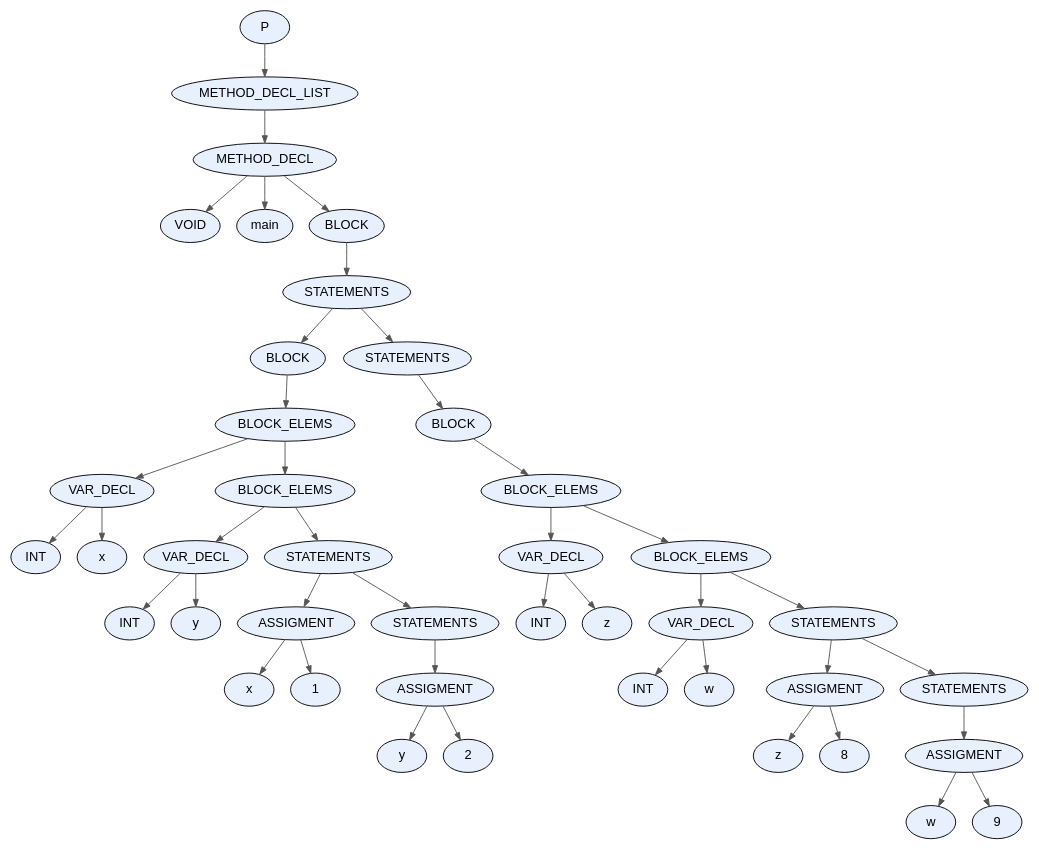
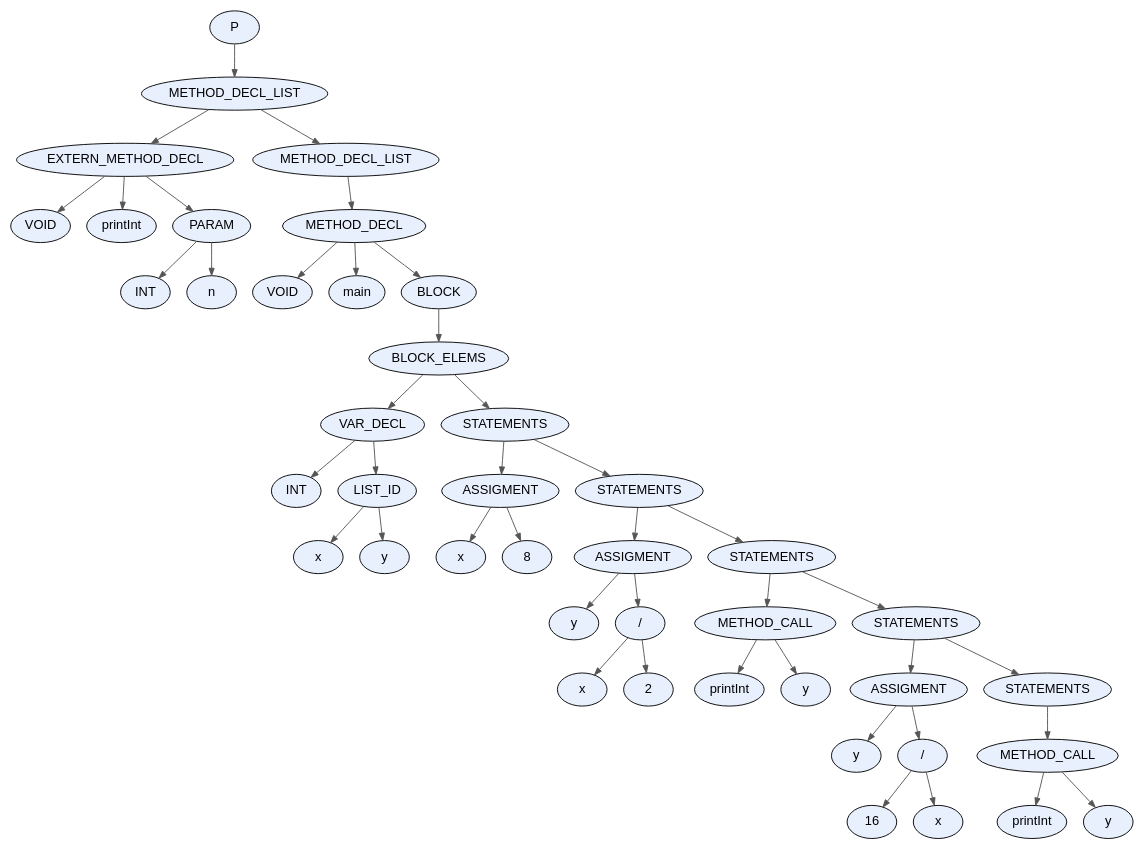
Before and after one commit to facundo-dario-loser/TDS2026: the diagram in proyecto/dot_files/test2.dot, drawn with Graphviz. The commit also changed 9 other files, not shown here.

```diff
--- a/proyecto/dot_files/test2.dot
+++ b/proyecto/dot_files/test2.dot
@@ -1,87 +1,89 @@
 digraph AST {
   node [fontname="Arial"];
   edge [arrowsize=0.8, color="#555555"];
-  "node_0x56c7b84cd440" [label="P", style=filled, fillcolor="#E8F0FE", shape=ellipse, style="rounded,filled"];
-  "node_0x56c7b84cd440" -> "node_0x56c7b84cd3f0";
-  "node_0x56c7b84cd3f0" [label="METHOD_DECL_LIST", style=filled, fillcolor="#E8F0FE", shape=ellipse, style="rounded,filled"];
-  "node_0x56c7b84cd3f0" -> "node_0x56c7b84cd3a0";
-  "node_0x56c7b84cd3a0" [label="METHOD_DECL", style=filled, fillcolor="#E8F0FE", shape=ellipse, style="rounded,filled"];
-  "node_0x56c7b84cd3a0" -> "node_0x56c7b84cd2e0";
-  "node_0x56c7b84cd2e0" [label="VOID", style=filled, fillcolor="#E8F0FE", shape=ellipse, style="rounded,filled"];
-  "node_0x56c7b84cd3a0" -> "node_0x56c7b84cd330";
-  "node_0x56c7b84cd330" [label="main", style=filled, fillcolor="#E8F0FE", shape=ellipse, style="rounded,filled"];
-  "node_0x56c7b84cd3a0" -> "node_0x56c7b84cd290";
-  "node_0x56c7b84cd290" [label="BLOCK", style=filled, fillcolor="#E8F0FE", shape=ellipse, style="rounded,filled"];
-  "node_0x56c7b84cd290" -> "node_0x56c7b84cd240";
-  "node_0x56c7b84cd240" [label="STATEMENTS", style=filled, fillcolor="#E8F0FE", shape=ellipse, style="rounded,filled"];
-  "node_0x56c7b84cd240" -> "node_0x56c7b84ccb50";
-  "node_0x56c7b84ccb50" [label="BLOCK", style=filled, fillcolor="#E8F0FE", shape=ellipse, style="rounded,filled"];
-  "node_0x56c7b84ccb50" -> "node_0x56c7b84ccb00";
-  "node_0x56c7b84ccb00" [label="BLOCK_ELEMS", style=filled, fillcolor="#E8F0FE", shape=ellipse, style="rounded,filled"];
-  "node_0x56c7b84ccb00" -> "node_0x56c7b84cc630";
-  "node_0x56c7b84cc630" [label="VAR_DECL", style=filled, fillcolor="#E8F0FE", shape=ellipse, style="rounded,filled"];
-  "node_0x56c7b84cc630" -> "node_0x56c7b84cc550";
-  "node_0x56c7b84cc550" [label="INT", style=filled, fillcolor="#E8F0FE", shape=ellipse, style="rounded,filled"];
-  "node_0x56c7b84cc630" -> "node_0x56c7b84cc5c0";
-  "node_0x56c7b84cc5c0" [label="x", style=filled, fillcolor="#E8F0FE", shape=ellipse, style="rounded,filled"];
-  "node_0x56c7b84ccb00" -> "node_0x56c7b84ccab0";
-  "node_0x56c7b84ccab0" [label="BLOCK_ELEMS", style=filled, fillcolor="#E8F0FE", shape=ellipse, style="rounded,filled"];
-  "node_0x56c7b84ccab0" -> "node_0x56c7b84cc760";
-  "node_0x56c7b84cc760" [label="VAR_DECL", style=filled, fillcolor="#E8F0FE", shape=ellipse, style="rounded,filled"];
-  "node_0x56c7b84cc760" -> "node_0x56c7b84cc680";
-  "node_0x56c7b84cc680" [label="INT", style=filled, fillcolor="#E8F0FE", shape=ellipse, style="rounded,filled"];
-  "node_0x56c7b84cc760" -> "node_0x56c7b84cc6f0";
-  "node_0x56c7b84cc6f0" [label="y", style=filled, fillcolor="#E8F0FE", shape=ellipse, style="rounded,filled"];
-  "node_0x56c7b84ccab0" -> "node_0x56c7b84cca60";
-  "node_0x56c7b84cca60" [label="STATEMENTS", style=filled, fillcolor="#E8F0FE", shape=ellipse, style="rounded,filled"];
-  "node_0x56c7b84cca60" -> "node_0x56c7b84cc890";
-  "node_0x56c7b84cc890" [label="ASSIGMENT", style=filled, fillcolor="#E8F0FE", shape=ellipse, style="rounded,filled"];
-  "node_0x56c7b84cc890" -> "node_0x56c7b84cc820";
-  "node_0x56c7b84cc820" [label="x", style=filled, fillcolor="#E8F0FE", shape=ellipse, style="rounded,filled"];
-  "node_0x56c7b84cc890" -> "node_0x56c7b84cc7d0";
-  "node_0x56c7b84cc7d0" [label="1", style=filled, fillcolor="#E8F0FE", shape=ellipse, style="rounded,filled"];
-  "node_0x56c7b84cca60" -> "node_0x56c7b84cca10";
-  "node_0x56c7b84cca10" [label="STATEMENTS", style=filled, fillcolor="#E8F0FE", shape=ellipse, style="rounded,filled"];
-  "node_0x56c7b84cca10" -> "node_0x56c7b84cc9c0";
-  "node_0x56c7b84cc9c0" [label="ASSIGMENT", style=filled, fillcolor="#E8F0FE", shape=ellipse, style="rounded,filled"];
-  "node_0x56c7b84cc9c0" -> "node_0x56c7b84cc950";
-  "node_0x56c7b84cc950" [label="y", style=filled, fillcolor="#E8F0FE", shape=ellipse, style="rounded,filled"];
-  "node_0x56c7b84cc9c0" -> "node_0x56c7b84cc900";
-  "node_0x56c7b84cc900" [label="2", style=filled, fillcolor="#E8F0FE", shape=ellipse, style="rounded,filled"];
-  "node_0x56c7b84cd240" -> "node_0x56c7b84cd1f0";
-  "node_0x56c7b84cd1f0" [label="STATEMENTS", style=filled, fillcolor="#E8F0FE", shape=ellipse, style="rounded,filled"];
-  "node_0x56c7b84cd1f0" -> "node_0x56c7b84cd1a0";
-  "node_0x56c7b84cd1a0" [label="BLOCK", style=filled, fillcolor="#E8F0FE", shape=ellipse, style="rounded,filled"];
-  "node_0x56c7b84cd1a0" -> "node_0x56c7b84cd150";
-  "node_0x56c7b84cd150" [label="BLOCK_ELEMS", style=filled, fillcolor="#E8F0FE", shape=ellipse, style="rounded,filled"];
-  "node_0x56c7b84cd150" -> "node_0x56c7b84ccc80";
-  "node_0x56c7b84ccc80" [label="VAR_DECL", style=filled, fillcolor="#E8F0FE", shape=ellipse, style="rounded,filled"];
-  "node_0x56c7b84ccc80" -> "node_0x56c7b84ccba0";
-  "node_0x56c7b84ccba0" [label="INT", style=filled, fillcolor="#E8F0FE", shape=ellipse, style="rounded,filled"];
-  "node_0x56c7b84ccc80" -> "node_0x56c7b84ccc10";
-  "node_0x56c7b84ccc10" [label="z", style=filled, fillcolor="#E8F0FE", shape=ellipse, style="rounded,filled"];
-  "node_0x56c7b84cd150" -> "node_0x56c7b84cd100";
-  "node_0x56c7b84cd100" [label="BLOCK_ELEMS", style=filled, fillcolor="#E8F0FE", shape=ellipse, style="rounded,filled"];
-  "node_0x56c7b84cd100" -> "node_0x56c7b84ccdb0";
-  "node_0x56c7b84ccdb0" [label="VAR_DECL", style=filled, fillcolor="#E8F0FE", shape=ellipse, style="rounded,filled"];
-  "node_0x56c7b84ccdb0" -> "node_0x56c7b84cccd0";
-  "node_0x56c7b84cccd0" [label="INT", style=filled, fillcolor="#E8F0FE", shape=ellipse, style="rounded,filled"];
-  "node_0x56c7b84ccdb0" -> "node_0x56c7b84ccd40";
-  "node_0x56c7b84ccd40" [label="w", style=filled, fillcolor="#E8F0FE", shape=ellipse, style="rounded,filled"];
-  "node_0x56c7b84cd100" -> "node_0x56c7b84cd0b0";
-  "node_0x56c7b84cd0b0" [label="STATEMENTS", style=filled, fillcolor="#E8F0FE", shape=ellipse, style="rounded,filled"];
-  "node_0x56c7b84cd0b0" -> "node_0x56c7b84ccee0";
-  "node_0x56c7b84ccee0" [label="ASSIGMENT", style=filled, fillcolor="#E8F0FE", shape=ellipse, style="rounded,filled"];
-  "node_0x56c7b84ccee0" -> "node_0x56c7b84cce70";
-  "node_0x56c7b84cce70" [label="z", style=filled, fillcolor="#E8F0FE", shape=ellipse, style="rounded,filled"];
-  "node_0x56c7b84ccee0" -> "node_0x56c7b84cce20";
-  "node_0x56c7b84cce20" [label="8", style=filled, fillcolor="#E8F0FE", shape=ellipse, style="rounded,filled"];
-  "node_0x56c7b84cd0b0" -> "node_0x56c7b84cd060";
-  "node_0x56c7b84cd060" [label="STATEMENTS", style=filled, fillcolor="#E8F0FE", shape=ellipse, style="rounded,filled"];
-  "node_0x56c7b84cd060" -> "node_0x56c7b84cd010";
-  "node_0x56c7b84cd010" [label="ASSIGMENT", style=filled, fillcolor="#E8F0FE", shape=ellipse, style="rounded,filled"];
-  "node_0x56c7b84cd010" -> "node_0x56c7b84ccfa0";
-  "node_0x56c7b84ccfa0" [label="w", style=filled, fillcolor="#E8F0FE", shape=ellipse, style="rounded,filled"];
-  "node_0x56c7b84cd010" -> "node_0x56c7b84ccf50";
-  "node_0x56c7b84ccf50" [label="9", style=filled, fillcolor="#E8F0FE", shape=ellipse, style="rounded,filled"];
+  "node_0x6016923349e0" [label="P", style=filled, fillcolor="#E8F0FE", shape=ellipse, style="rounded,filled"];
+  "node_0x6016923349e0" -> "node_0x601692334990";
+  "node_0x601692334990" [label="METHOD_DECL_LIST", style=filled, fillcolor="#E8F0FE", shape=ellipse, style="rounded,filled"];
+  "node_0x601692334990" -> "node_0x601692333b50";
+  "node_0x601692333b50" [label="EXTERN_METHOD_DECL", style=filled, fillcolor="#E8F0FE", shape=ellipse, style="rounded,filled"];
+  "node_0x601692333b50" -> "node_0x601692333a90";
+  "node_0x601692333a90" [label="VOID", style=filled, fillcolor="#E8F0FE", shape=ellipse, style="rounded,filled"];
+  "node_0x601692333b50" -> "node_0x601692333ae0";
+  "node_0x601692333ae0" [label="printInt", style=filled, fillcolor="#E8F0FE", shape=ellipse, style="rounded,filled"];
+  "node_0x601692333b50" -> "node_0x601692333a40";
+  "node_0x601692333a40" [label="PARAM", style=filled, fillcolor="#E8F0FE", shape=ellipse, style="rounded,filled"];
+  "node_0x601692333a40" -> "node_0x601692333960";
+  "node_0x601692333960" [label="INT", style=filled, fillcolor="#E8F0FE", shape=ellipse, style="rounded,filled"];
+  "node_0x601692333a40" -> "node_0x6016923339d0";
+  "node_0x6016923339d0" [label="n", style=filled, fillcolor="#E8F0FE", shape=ellipse, style="rounded,filled"];
+  "node_0x601692334990" -> "node_0x601692334940";
+  "node_0x601692334940" [label="METHOD_DECL_LIST", style=filled, fillcolor="#E8F0FE", shape=ellipse, style="rounded,filled"];
+  "node_0x601692334940" -> "node_0x6016923348f0";
+  "node_0x6016923348f0" [label="METHOD_DECL", style=filled, fillcolor="#E8F0FE", shape=ellipse, style="rounded,filled"];
+  "node_0x6016923348f0" -> "node_0x601692334830";
+  "node_0x601692334830" [label="VOID", style=filled, fillcolor="#E8F0FE", shape=ellipse, style="rounded,filled"];
+  "node_0x6016923348f0" -> "node_0x601692334880";
+  "node_0x601692334880" [label="main", style=filled, fillcolor="#E8F0FE", shape=ellipse, style="rounded,filled"];
+  "node_0x6016923348f0" -> "node_0x6016923347e0";
+  "node_0x6016923347e0" [label="BLOCK", style=filled, fillcolor="#E8F0FE", shape=ellipse, style="rounded,filled"];
+  "node_0x6016923347e0" -> "node_0x601692334790";
+  "node_0x601692334790" [label="BLOCK_ELEMS", style=filled, fillcolor="#E8F0FE", shape=ellipse, style="rounded,filled"];
+  "node_0x601692334790" -> "node_0x601692333d80";
+  "node_0x601692333d80" [label="VAR_DECL", style=filled, fillcolor="#E8F0FE", shape=ellipse, style="rounded,filled"];
+  "node_0x601692333d80" -> "node_0x601692333bc0";
+  "node_0x601692333bc0" [label="INT", style=filled, fillcolor="#E8F0FE", shape=ellipse, style="rounded,filled"];
+  "node_0x601692333d80" -> "node_0x601692333d30";
+  "node_0x601692333d30" [label="LIST_ID", style=filled, fillcolor="#E8F0FE", shape=ellipse, style="rounded,filled"];
+  "node_0x601692333d30" -> "node_0x601692333cc0";
+  "node_0x601692333cc0" [label="x", style=filled, fillcolor="#E8F0FE", shape=ellipse, style="rounded,filled"];
+  "node_0x601692333d30" -> "node_0x601692333c50";
+  "node_0x601692333c50" [label="y", style=filled, fillcolor="#E8F0FE", shape=ellipse, style="rounded,filled"];
+  "node_0x601692334790" -> "node_0x601692334740";
+  "node_0x601692334740" [label="STATEMENTS", style=filled, fillcolor="#E8F0FE", shape=ellipse, style="rounded,filled"];
+  "node_0x601692334740" -> "node_0x601692333eb0";
+  "node_0x601692333eb0" [label="ASSIGMENT", style=filled, fillcolor="#E8F0FE", shape=ellipse, style="rounded,filled"];
+  "node_0x601692333eb0" -> "node_0x601692333e40";
+  "node_0x601692333e40" [label="x", style=filled, fillcolor="#E8F0FE", shape=ellipse, style="rounded,filled"];
+  "node_0x601692333eb0" -> "node_0x601692333df0";
+  "node_0x601692333df0" [label="8", style=filled, fillcolor="#E8F0FE", shape=ellipse, style="rounded,filled"];
+  "node_0x601692334740" -> "node_0x6016923346f0";
+  "node_0x6016923346f0" [label="STATEMENTS", style=filled, fillcolor="#E8F0FE", shape=ellipse, style="rounded,filled"];
+  "node_0x6016923346f0" -> "node_0x6016923340c0";
+  "node_0x6016923340c0" [label="ASSIGMENT", style=filled, fillcolor="#E8F0FE", shape=ellipse, style="rounded,filled"];
+  "node_0x6016923340c0" -> "node_0x601692334050";
+  "node_0x601692334050" [label="y", style=filled, fillcolor="#E8F0FE", shape=ellipse, style="rounded,filled"];
+  "node_0x6016923340c0" -> "node_0x601692334000";
+  "node_0x601692334000" [label="/", style=filled, fillcolor="#E8F0FE", shape=ellipse, style="rounded,filled"];
+  "node_0x601692334000" -> "node_0x601692333f40";
+  "node_0x601692333f40" [label="x", style=filled, fillcolor="#E8F0FE", shape=ellipse, style="rounded,filled"];
+  "node_0x601692334000" -> "node_0x601692333fb0";
+  "node_0x601692333fb0" [label="2", style=filled, fillcolor="#E8F0FE", shape=ellipse, style="rounded,filled"];
+  "node_0x6016923346f0" -> "node_0x6016923346a0";
+  "node_0x6016923346a0" [label="STATEMENTS", style=filled, fillcolor="#E8F0FE", shape=ellipse, style="rounded,filled"];
+  "node_0x6016923346a0" -> "node_0x601692334230";
+  "node_0x601692334230" [label="METHOD_CALL", style=filled, fillcolor="#E8F0FE", shape=ellipse, style="rounded,filled"];
+  "node_0x601692334230" -> "node_0x6016923341c0";
+  "node_0x6016923341c0" [label="printInt", style=filled, fillcolor="#E8F0FE", shape=ellipse, style="rounded,filled"];
+  "node_0x601692334230" -> "node_0x601692334150";
+  "node_0x601692334150" [label="y", style=filled, fillcolor="#E8F0FE", shape=ellipse, style="rounded,filled"];
+  "node_0x6016923346a0" -> "node_0x601692334650";
+  "node_0x601692334650" [label="STATEMENTS", style=filled, fillcolor="#E8F0FE", shape=ellipse, style="rounded,filled"];
+  "node_0x601692334650" -> "node_0x601692334440";
+  "node_0x601692334440" [label="ASSIGMENT", style=filled, fillcolor="#E8F0FE", shape=ellipse, style="rounded,filled"];
+  "node_0x601692334440" -> "node_0x6016923343d0";
+  "node_0x6016923343d0" [label="y", style=filled, fillcolor="#E8F0FE", shape=ellipse, style="rounded,filled"];
+  "node_0x601692334440" -> "node_0x601692334380";
+  "node_0x601692334380" [label="/", style=filled, fillcolor="#E8F0FE", shape=ellipse, style="rounded,filled"];
+  "node_0x601692334380" -> "node_0x6016923342a0";
+  "node_0x6016923342a0" [label="16", style=filled, fillcolor="#E8F0FE", shape=ellipse, style="rounded,filled"];
+  "node_0x601692334380" -> "node_0x601692334310";
+  "node_0x601692334310" [label="x", style=filled, fillcolor="#E8F0FE", shape=ellipse, style="rounded,filled"];
+  "node_0x601692334650" -> "node_0x601692334600";
+  "node_0x601692334600" [label="STATEMENTS", style=filled, fillcolor="#E8F0FE", shape=ellipse, style="rounded,filled"];
+  "node_0x601692334600" -> "node_0x6016923345b0";
+  "node_0x6016923345b0" [label="METHOD_CALL", style=filled, fillcolor="#E8F0FE", shape=ellipse, style="rounded,filled"];
+  "node_0x6016923345b0" -> "node_0x601692334540";
+  "node_0x601692334540" [label="printInt", style=filled, fillcolor="#E8F0FE", shape=ellipse, style="rounded,filled"];
+  "node_0x6016923345b0" -> "node_0x6016923344d0";
+  "node_0x6016923344d0" [label="y", style=filled, fillcolor="#E8F0FE", shape=ellipse, style="rounded,filled"];
 }
```
